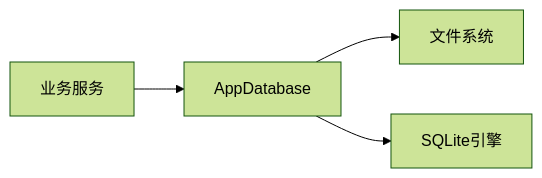
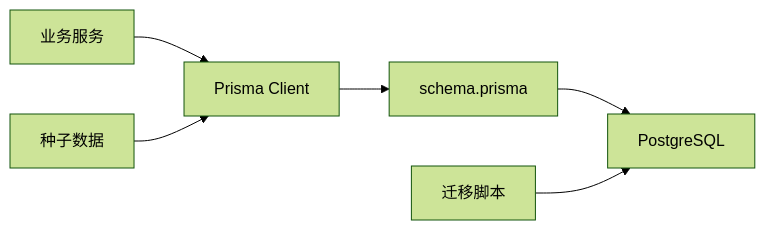
One commit to iljahofbauer219-lang/yandu changed the fifth of 5 diagrams in .qoder/repowiki/zh/content/数据模型/数据库模式设计.md. Above: the diagram before and after it, drawn with Mermaid (forest theme). The commit also changed other lines of this file and 340 other files, not shown here.

````diff
--- a/.qoder/repowiki/zh/content/数据模型/数据库模式设计.md
+++ b/.qoder/repowiki/zh/content/数据模型/数据库模式设计.md
@@ -263,6 +281,8 @@
 ```mermaid
 graph LR
-Service["业务服务"] --> DB["AppDatabase"]
-DB --> FS["文件系统"]
-DB --> SQLite["SQLite引擎"]
+Service["业务服务"] --> PrismaClient["Prisma Client"]
+PrismaClient --> Schema["schema.prisma"]
+Schema --> PostgreSQL["PostgreSQL"]
+Seed["种子数据"] --> PrismaClient
+Migration["迁移脚本"] --> PostgreSQL
 ```
````
